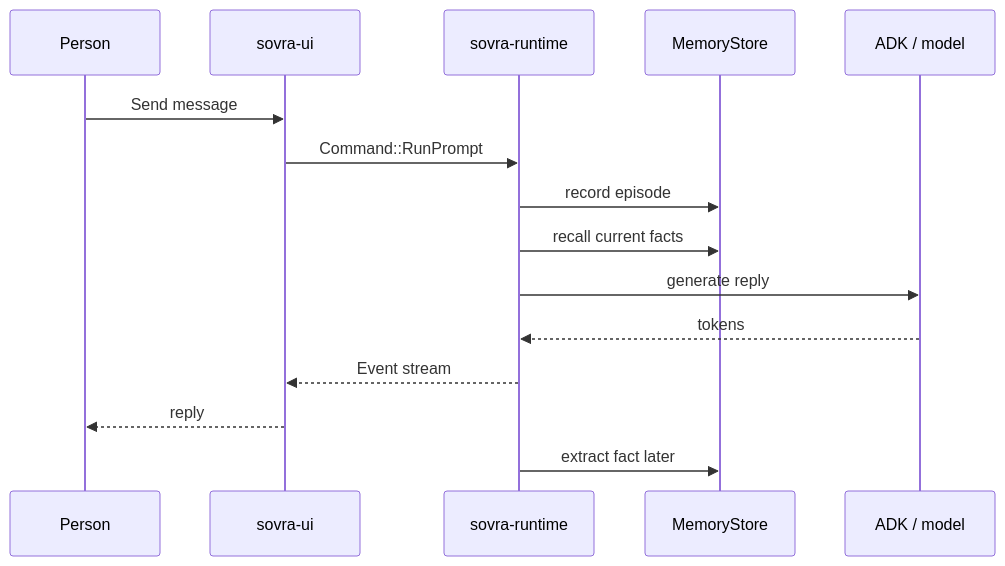
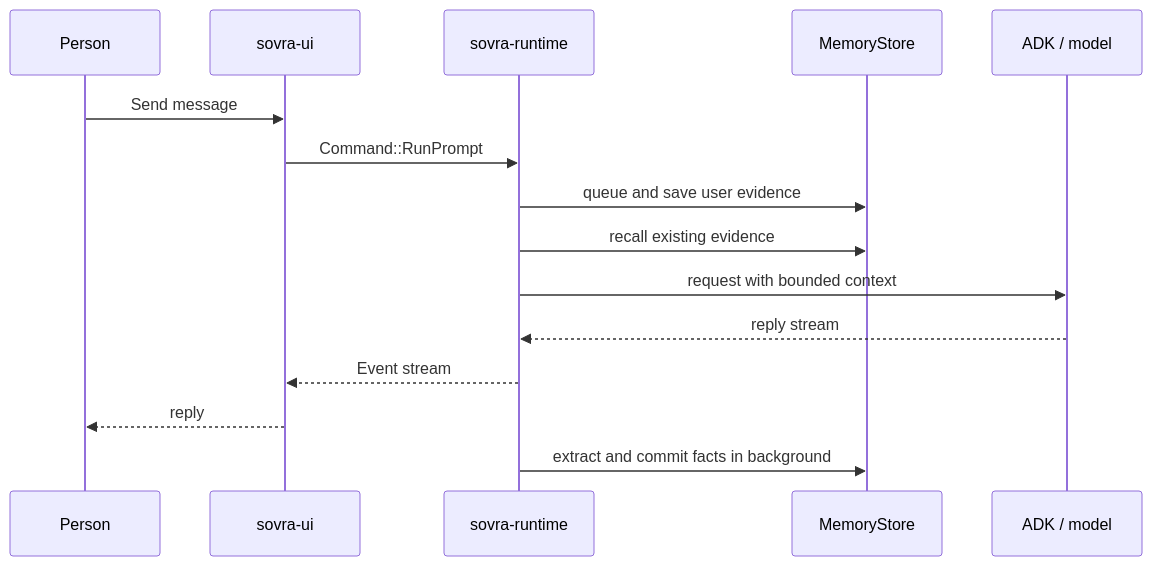
The diagram in docs/memory-capture-and-recall.md (Sovra-AI/SovraHarness), drawn with Mermaid before and after one commit. The commit also changed other lines of this file and 151 other files, not shown here.

````diff
--- a/docs/memory-capture-and-recall.md
+++ b/docs/memory-capture-and-recall.md
@@ -50,17 +21,17 @@
 ```mermaid
 sequenceDiagram
   participant Person
   participant UI as sovra-ui
   participant Runtime as sovra-runtime
   participant Store as MemoryStore
   participant Model as ADK / model
   Person->>UI: Send message
   UI->>Runtime: Command::RunPrompt
-  Runtime->>Store: record episode
-  Runtime->>Store: recall current facts
-  Runtime->>Model: generate reply
-  Model-->>Runtime: tokens
+  Runtime->>Store: queue and save user evidence
+  Runtime->>Store: recall existing evidence
+  Runtime->>Model: request with bounded context
+  Model-->>Runtime: reply stream
   Runtime-->>UI: Event stream
   UI-->>Person: reply
-  Runtime->>Store: extract fact later
+  Runtime->>Store: extract and commit facts in background
 ```
````
